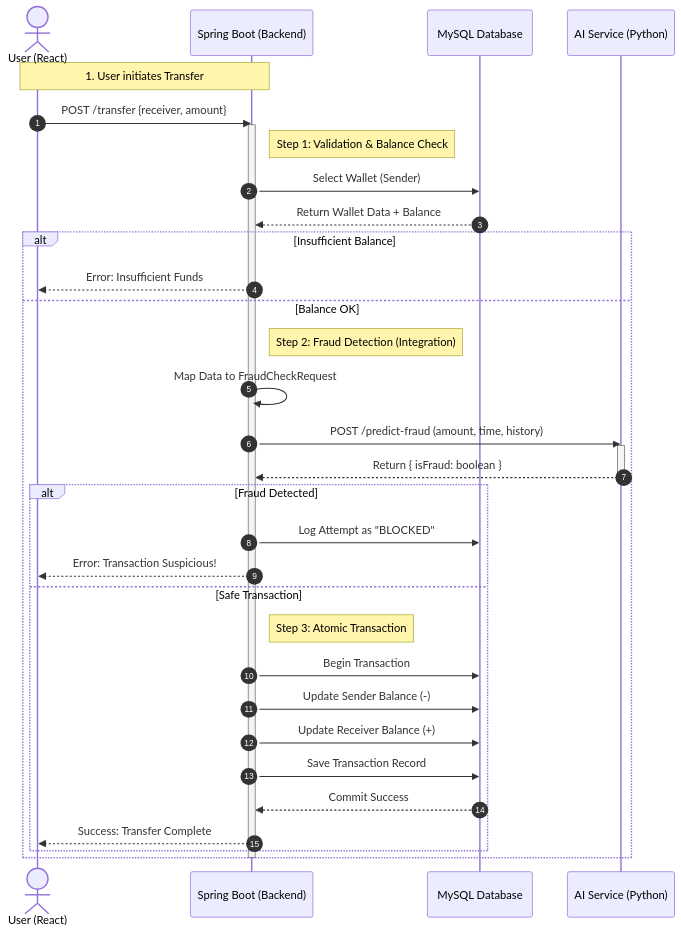
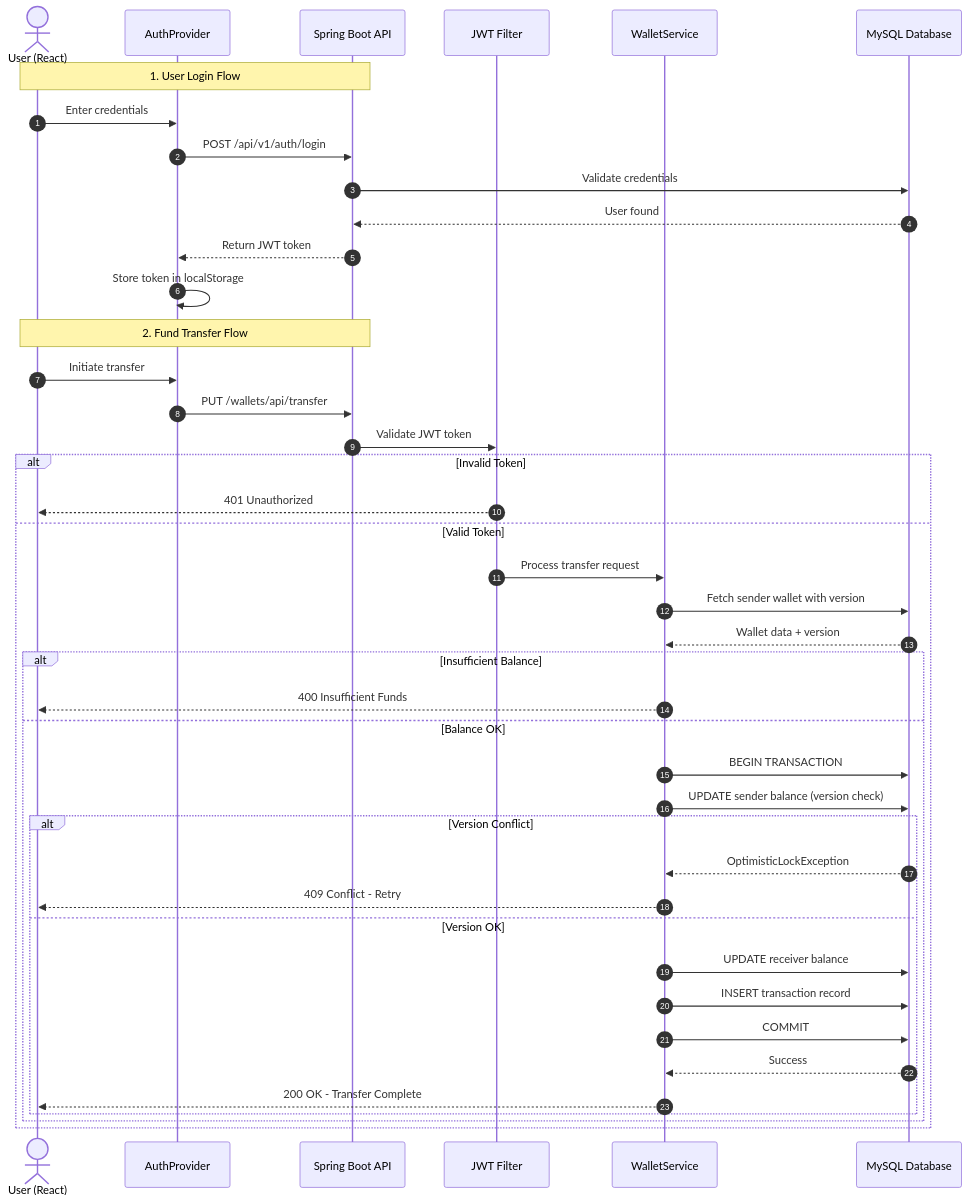
One commit to mahmoudss5/FinTeck changed the diagram in diagrams/seq.mmd. Above: the diagram before and after it, drawn with Mermaid. The commit also changed 6 other files, not shown here.

Commit message:
update the readme file and diagrams

```diff
--- a/diagrams/seq.mmd
+++ b/diagrams/seq.mmd
@@ -1,44 +1,47 @@
 sequenceDiagram
     autonumber
-    actor User as  User (React)
-    participant API as  Spring Boot (Backend)
-    participant DB as  MySQL Database
-    participant AI as  AI Service (Python)
+    actor User as User (React)
+    participant Auth as AuthProvider
+    participant API as Spring Boot API
+    participant JWT as JWT Filter
+    participant Service as WalletService
+    participant DB as MySQL Database
 
-    Note over User, API: 1. User initiates Transfer
-    User->>API: POST /transfer {receiver, amount}
+    Note over User, API: 1. User Login Flow
+    User->>Auth: Enter credentials
+    Auth->>API: POST /api/v1/auth/login
+    API->>DB: Validate credentials
+    DB-->>API: User found
+    API-->>Auth: Return JWT token
+    Auth->>Auth: Store token in localStorage
 
-    activate API
+    Note over User, API: 2. Fund Transfer Flow
+    User->>Auth: Initiate transfer
+    Auth->>API: PUT /wallets/api/transfer
+    API->>JWT: Validate JWT token
+    
+    alt Invalid Token
+        JWT-->>User: 401 Unauthorized
+    else Valid Token
+        JWT->>Service: Process transfer request
+        Service->>DB: Fetch sender wallet with version
+        DB-->>Service: Wallet data + version
 
-    Note right of API: Step 1: Validation & Balance Check
-    API->>DB: Select Wallet (Sender)
-    DB-->>API: Return Wallet Data + Balance
-
-    alt Insufficient Balance
-        API-->>User: Error: Insufficient Funds
-    else Balance OK
-
-        Note right of API: Step 2: Fraud Detection (Integration)
-        API->>API: Map Data to FraudCheckRequest
-        API->>AI: POST /predict-fraud (amount, time, history)
-
-        activate AI
-        AI-->>API: Return { isFraud: boolean }
-        deactivate AI
-
-        alt Fraud Detected
-            API->>DB: Log Attempt as "BLOCKED"
-            API-->>User: Error: Transaction Suspicious!
-        else Safe Transaction
-
-            Note right of API: Step 3: Atomic Transaction
-            API->>DB: Begin Transaction
-            API->>DB: Update Sender Balance (-)
-            API->>DB: Update Receiver Balance (+)
-            API->>DB: Save Transaction Record
-            DB-->>API: Commit Success
-
-            API-->>User: Success: Transfer Complete
+        alt Insufficient Balance
+            Service-->>User: 400 Insufficient Funds
+        else Balance OK
+            Service->>DB: BEGIN TRANSACTION
+            Service->>DB: UPDATE sender balance (version check)
+            
+            alt Version Conflict
+                DB-->>Service: OptimisticLockException
+                Service-->>User: 409 Conflict - Retry
+            else Version OK
+                Service->>DB: UPDATE receiver balance
+                Service->>DB: INSERT transaction record
+                Service->>DB: COMMIT
+                DB-->>Service: Success
+                Service-->>User: 200 OK - Transfer Complete
+            end
         end
     end
-    deactivate API
```
